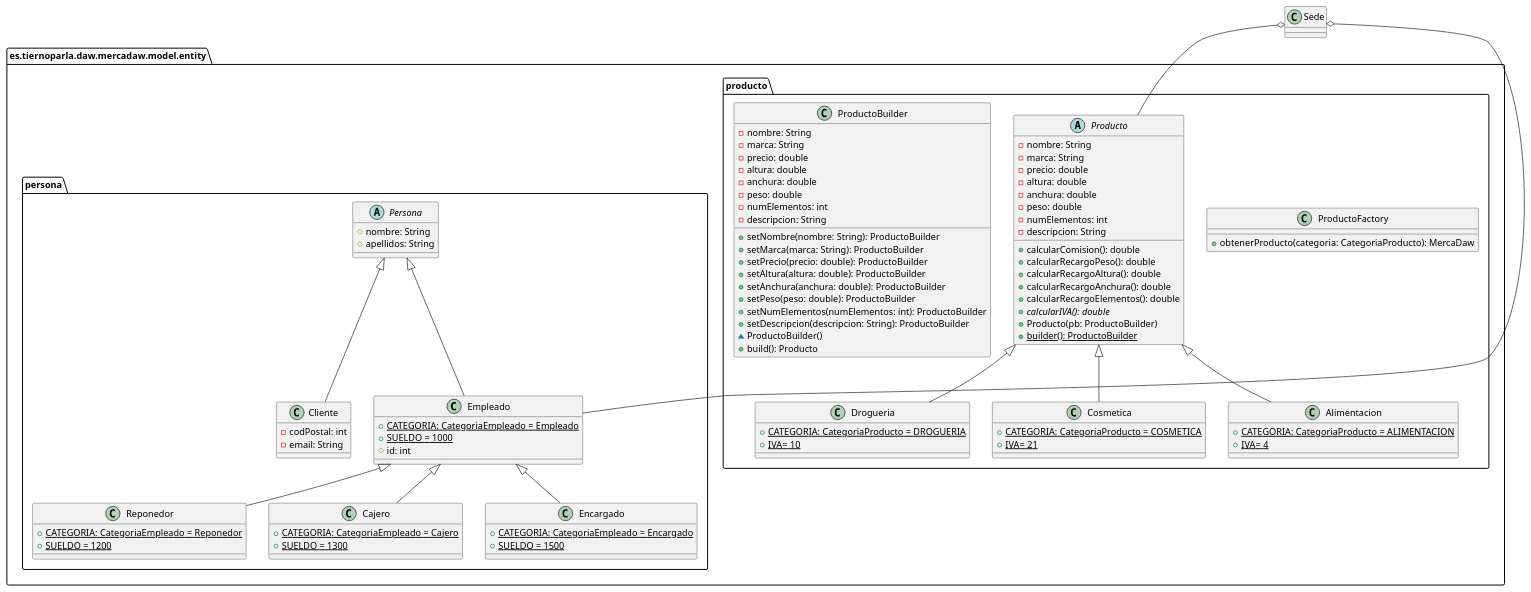
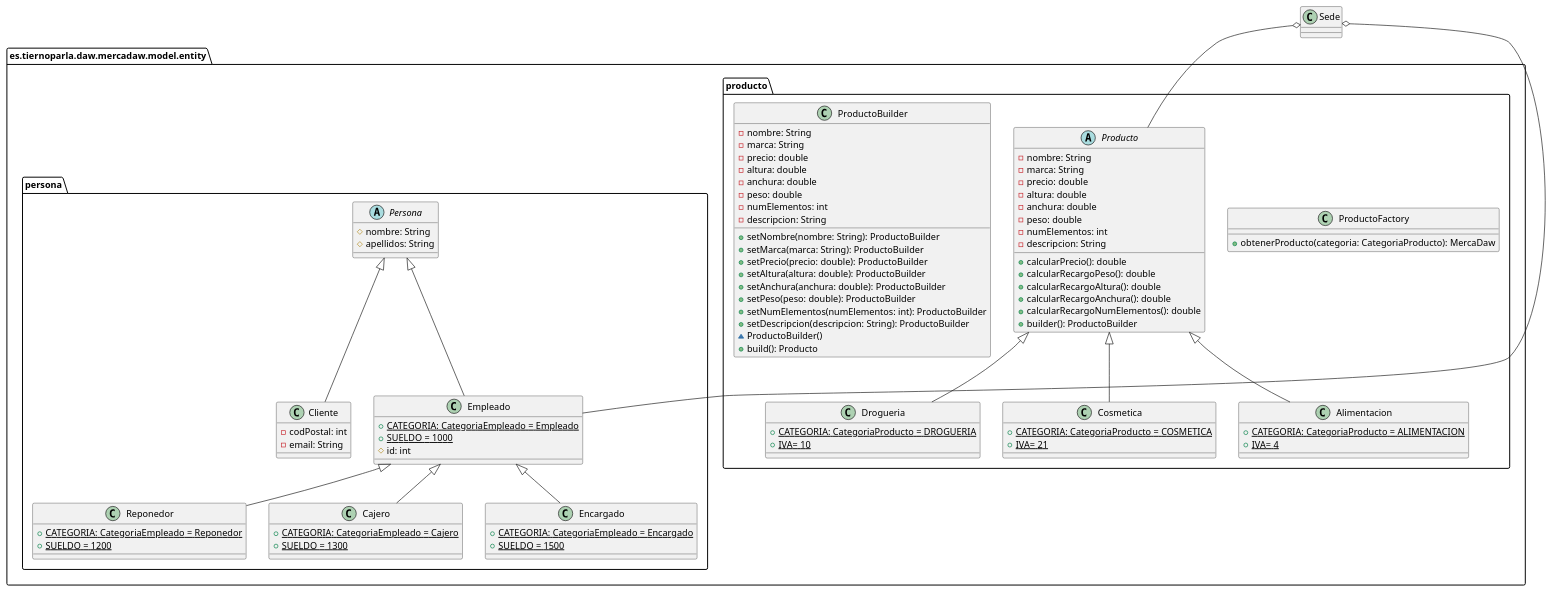
One commit to adrils16/MercaDawFinal changed the diagram in design/Diagramas/Clases/DiagramaClasesEntity.pu. Above: the diagram before and after it, drawn with PlantUML. The commit also changed 4 other files, not shown here.

```diff
--- a/design/Diagramas/Clases/DiagramaClasesEntity.pu
+++ b/design/Diagramas/Clases/DiagramaClasesEntity.pu
@@ -1,117 +1,116 @@
 @startuml Entity
 set namespaceSeparator none
 allow_mixing
 
 package es.tiernoparla.daw.mercadaw.model.entity {
 
     package producto {
         class ProductoFactory {
             +obtenerProducto(categoria: CategoriaProducto): MercaDaw
         }
 
         abstract Producto {
             -nombre: String
             -marca: String
             -precio: double
             -altura: double
             -anchura: double
             -peso: double
             -numElementos: int
             -descripcion: String
-            +calcularComision(): double
+
+            +calcularPrecio(): double
             +calcularRecargoPeso(): double
             +calcularRecargoAltura(): double
             +calcularRecargoAnchura(): double
-            +calcularRecargoElementos(): double
-            +{abstract}calcularIVA(): double
-            +Producto(pb: ProductoBuilder)
-            +{static} builder(): ProductoBuilder
+            +calcularRecargoNumElementos(): double
+            +builder(): ProductoBuilder
         }
 
         class Alimentacion {
             +{static} CATEGORIA: CategoriaProducto = ALIMENTACION
             +{static} IVA= 4
         }
 
         class Drogueria {
             +{static} CATEGORIA: CategoriaProducto = DROGUERIA
             +{static} IVA= 10
         }
 
         class Cosmetica {
             +{static} CATEGORIA: CategoriaProducto = COSMETICA
             +{static} IVA= 21
         }
 
         class ProductoBuilder {
             -nombre: String
             -marca: String
             -precio: double
             -altura: double
             -anchura: double
             -peso: double
             -numElementos: int
             -descripcion: String
             +setNombre(nombre: String): ProductoBuilder
             +setMarca(marca: String): ProductoBuilder
             +setPrecio(precio: double): ProductoBuilder
             +setAltura(altura: double): ProductoBuilder
             +setAnchura(anchura: double): ProductoBuilder
             +setPeso(peso: double): ProductoBuilder
             +setNumElementos(numElementos: int): ProductoBuilder
             +setDescripcion(descripcion: String): ProductoBuilder
             ~ProductoBuilder()
             +build(): Producto
         }
 
         Producto <|-- Alimentacion
         Producto <|-- Drogueria
         Producto <|-- Cosmetica
     }
 
     package persona {
 
         class Empleado {
             +{static} CATEGORIA: CategoriaEmpleado = Empleado
             +{static} SUELDO = 1000
             #id: int
         }
 
         abstract Persona {
             #nombre: String
             #apellidos: String
         }
 
         class Reponedor {
             +{static} CATEGORIA: CategoriaEmpleado = Reponedor
             +{static} SUELDO = 1200
         }
 
         class Cajero {
             +{static} CATEGORIA: CategoriaEmpleado = Cajero
             +{static} SUELDO = 1300
         }
 
         class Encargado {
             +{static} CATEGORIA: CategoriaEmpleado = Encargado
             +{static} SUELDO = 1500
         }
 
         class Cliente {
             -codPostal: int
             -email: String
         }
 
         Empleado <|-- Reponedor
         Empleado <|-- Cajero
         Empleado <|-- Encargado
 
         Persona <|-- Empleado
         Persona <|-- Cliente
     }
 
 }
 Sede o-- Empleado
 Sede o-- Producto
 
 @enduml
```
